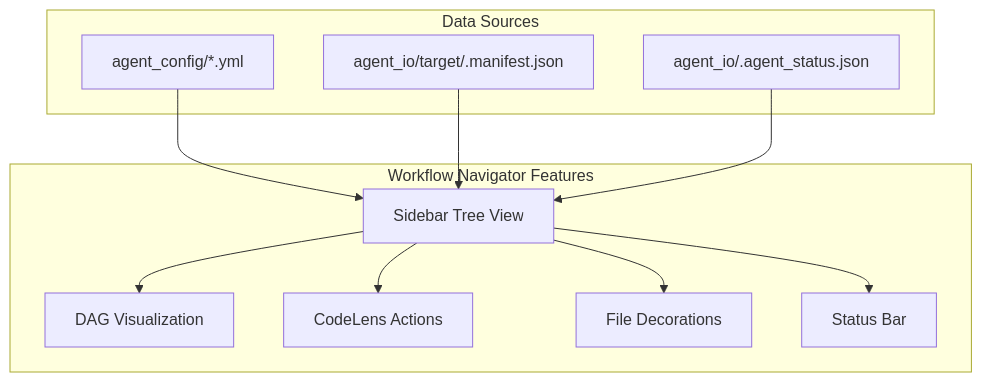
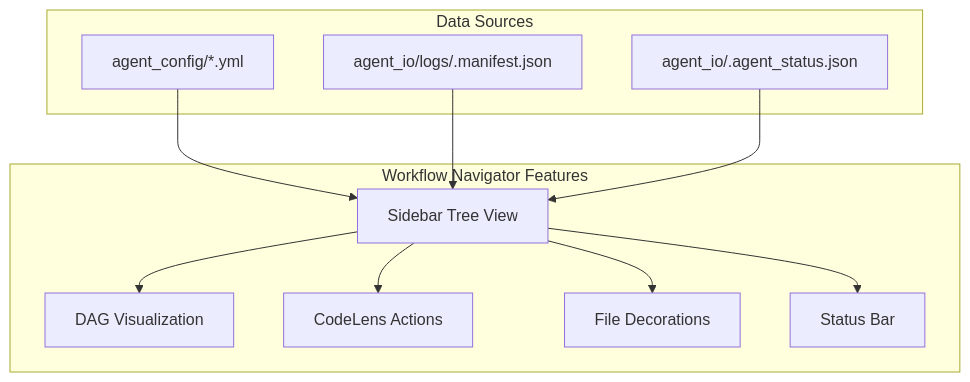
Before and after one commit to Muizzkolapo/agent-actions: the second of 3 diagrams in docs.agent-actions/docs/guides/editor-setup.md, drawn with Mermaid. The commit also changed other lines of this file and 2 other files, not shown here.

First line of the commit message:
fix(vscode-extension): do not serve a stale manifest when the current one is corrupt

````diff
--- a/docs.agent-actions/docs/guides/editor-setup.md
+++ b/docs.agent-actions/docs/guides/editor-setup.md
@@ -126,24 +126,24 @@
 ```mermaid
 flowchart TB
     subgraph "Workflow Navigator Features"
         TREE["Sidebar Tree View"]
         DAG["DAG Visualization"]
         LENS["CodeLens Actions"]
         DEC["File Decorations"]
         STATUS["Status Bar"]
     end
 
     subgraph "Data Sources"
         CONFIG["agent_config/*.yml"]
-        MANIFEST["agent_io/target/.manifest.json"]
+        MANIFEST["agent_io/logs/.manifest.json"]
         RUNTIME["agent_io/.agent_status.json"]
     end
 
     CONFIG --> TREE
     MANIFEST --> TREE
     RUNTIME --> TREE
     TREE --> DAG
     TREE --> LENS
     TREE --> DEC
     TREE --> STATUS
 ```
````
